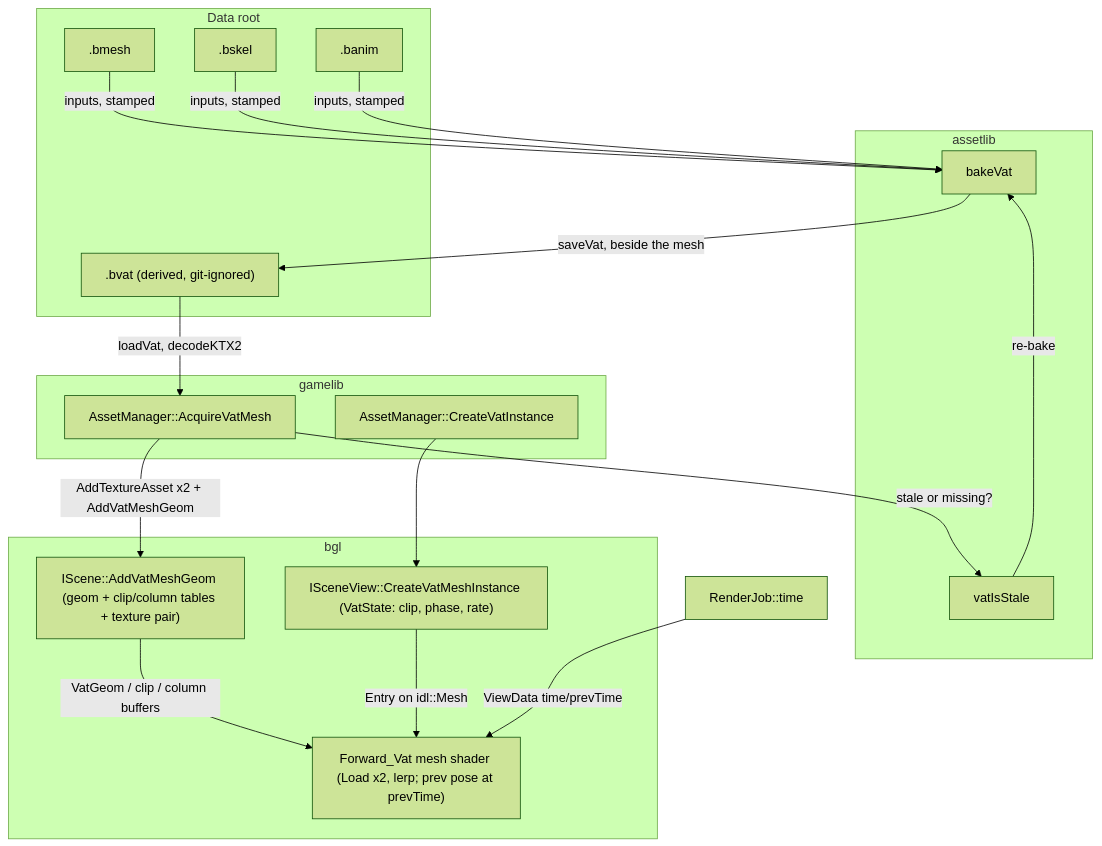
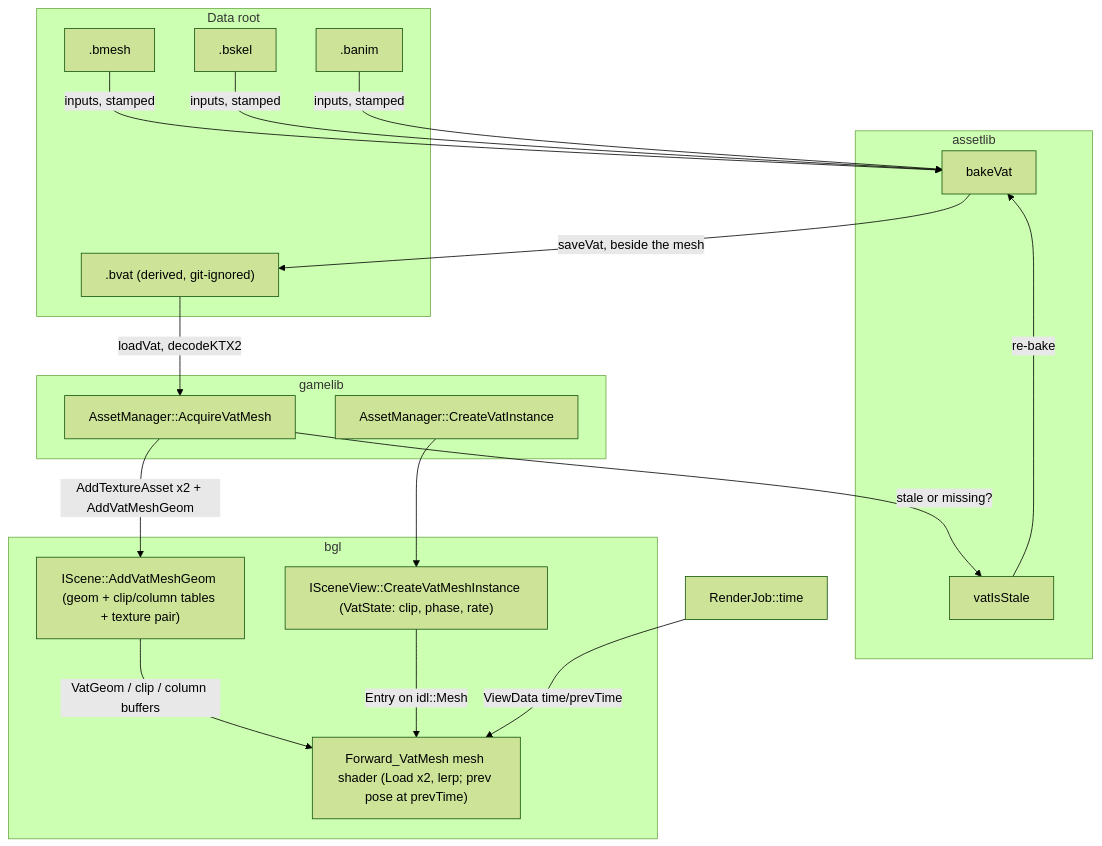
One commit to alexjiang200407/bernini changed the diagram in docs/vat.md. Above: the diagram before and after it, drawn with Mermaid (forest theme). The commit also changed other lines of this file and 33 other files, not shown here.

````diff
--- a/docs/vat.md
+++ b/docs/vat.md
@@ -101,36 +102,36 @@
 ```mermaid
 flowchart TD
     subgraph disk [Data root]
         BMESH[.bmesh]
         BSKEL[.bskel]
         BANIM[.banim]
         BVAT[".bvat (derived, git-ignored)"]
     end
 
     subgraph assetlib
         BAKE[bakeVat]
         STALE[vatIsStale]
     end
 
     subgraph gamelib
         ACQ[AssetManager::AcquireVatMesh]
         INST[AssetManager::CreateVatInstance]
     end
 
     subgraph bgl
         SCENE["IScene::AddVatMeshGeom (geom + clip/column tables + texture pair)"]
         VIEW["ISceneView::CreateVatMeshInstance (VatState: clip, phase, rate)"]
-        MS["Forward_Vat mesh shader (Load x2, lerp; prev pose at prevTime)"]
+        MS["Forward_VatMesh mesh shader (Load x2, lerp; prev pose at prevTime)"]
     end
 
     BMESH & BSKEL & BANIM -- "inputs, stamped" --> BAKE
     BAKE -- "saveVat, beside the mesh" --> BVAT
     ACQ -- "stale or missing?" --> STALE
     STALE -- "re-bake" --> BAKE
     BVAT -- "loadVat, decodeKTX2" --> ACQ
     ACQ -- "AddTextureAsset x2 + AddVatMeshGeom" --> SCENE
     INST --> VIEW
     SCENE -- "VatGeom / clip / column buffers" --> MS
     VIEW -- "Entry<VatState> on idl::Mesh" --> MS
     CLOCK["RenderJob::time"] -- "ViewData time/prevTime" --> MS
 ```
````
